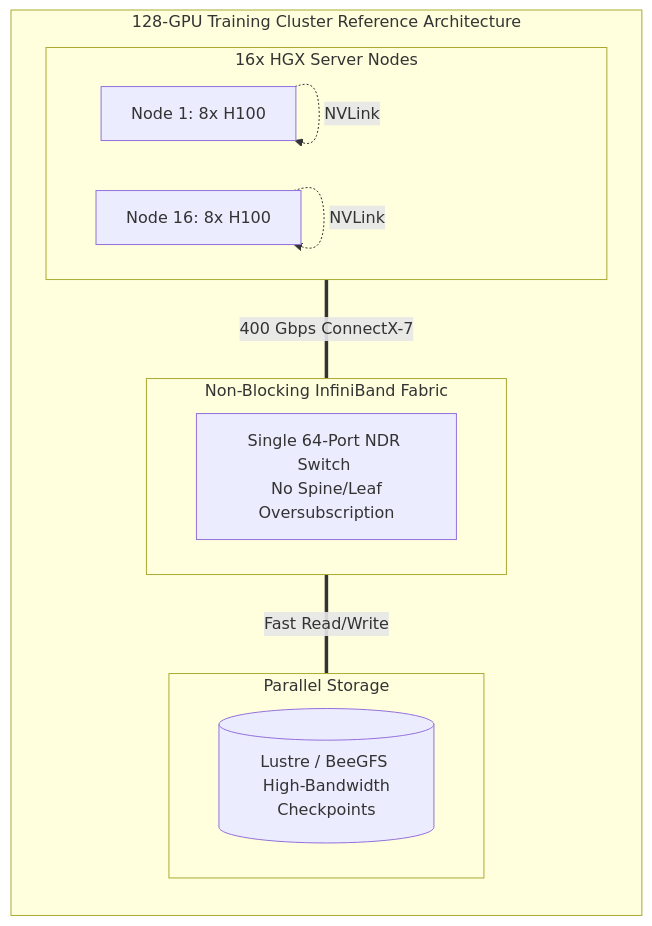
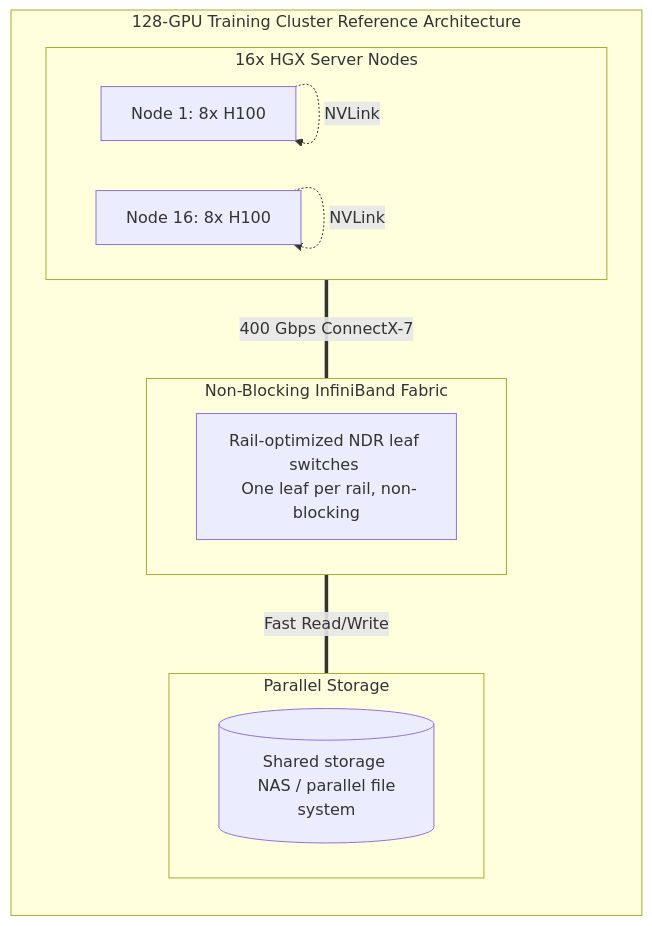
The diagram in docs/nvidia-zero-to-hero/volume-21/chapter-13-reference-architecture-100-gpu-training-cluster.md (jithinpnjm/nvidia-devops), drawn with Mermaid before and after one commit. The commit also changed other lines of this file and 289 other files, not shown here.

````diff
--- a/docs/nvidia-zero-to-hero/volume-21/chapter-13-reference-architecture-100-gpu-training-cluster.md
+++ b/docs/nvidia-zero-to-hero/volume-21/chapter-13-reference-architecture-100-gpu-training-cluster.md
@@ -417,25 +410,25 @@
 ```mermaid
 flowchart TD
     subgraph Reference_Architecture["128-GPU Training Cluster Reference Architecture"]
         direction TB
         
         subgraph Storage_Tier["Parallel Storage"]
-            Lustre[(Lustre / BeeGFS <br/> High-Bandwidth Checkpoints)]
+            Lustre[(Shared storage <br/> NAS / parallel file system)]
         end
         
         subgraph Network_Tier["Non-Blocking InfiniBand Fabric"]
-            Switch[Single 64-Port NDR Switch <br/> No Spine/Leaf Oversubscription]
+            Switch[Rail-optimized NDR leaf switches <br/> One leaf per rail, non-blocking]
         end
         
         subgraph Compute_Tier["16x HGX Server Nodes"]
             direction LR
             Node1[Node 1: 8x H100]
             Node16[Node 16: 8x H100]
             Node1 -.->|NVLink| Node1
             Node16 -.->|NVLink| Node16
         end
         
         Compute_Tier ===|400 Gbps ConnectX-7| Network_Tier
         Network_Tier ===|Fast Read/Write| Storage_Tier
     end
 ```
````
